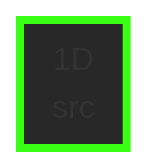
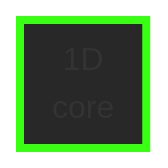
One commit to cgbarlow/pubmd changed the diagram in Cline-Recursive-Chain-of-Thought-System-CRCT-/cline_docs/dependency_diagrams/module_1D_dependencies.mermaid. Above: the diagram before and after it, drawn with Mermaid. The commit also changed 42 other files, not shown here.

```diff
--- a/Cline-Recursive-Chain-of-Thought-System-CRCT-/cline_docs/dependency_diagrams/module_1D_dependencies.mermaid
+++ b/Cline-Recursive-Chain-of-Thought-System-CRCT-/cline_docs/dependency_diagrams/module_1D_dependencies.mermaid
@@ -1,15 +1,15 @@
 flowchart TB
   classDef module fill:#f9f,stroke:#333,stroke-width:2px,color:#333,font-weight:bold;
   classDef file fill:#D1C4E9,stroke:#666,stroke-width:1px,color:#333;
   classDef doc fill:#D1C4E9,stroke:#666,stroke-width:1px,color:#333;
   classDef focusNode stroke:#007bff,stroke-width:3px;
   linkStyle default stroke:#CCCCCC,stroke-width:1px
 
   %% -- Nodes and Subgraphs --
-  subgraph sg_1D ["1D<br>src"]
+  subgraph sg_1D ["1D<br>core"]
     style sg_1D fill:#282828,stroke:#39FF14,stroke-width:4px
   end
 
   %% -- Fallback Node Definitions --
 
   %% -- Dependencies --
```
